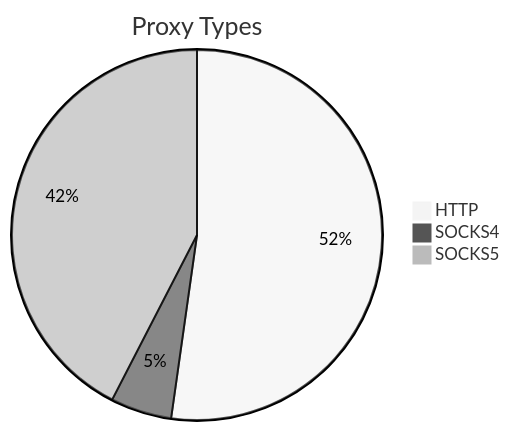
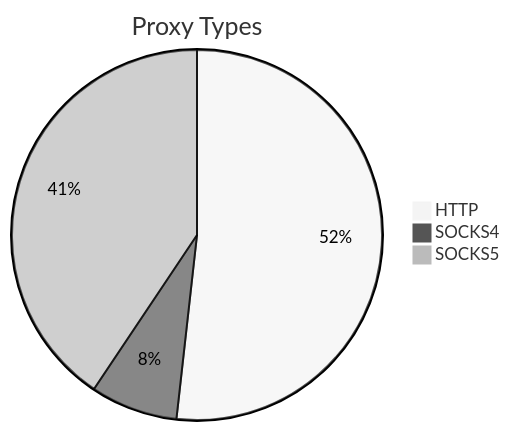
Before and after one commit to stormsia/proxy-list: the first of 2 diagrams in README.md, drawn with Mermaid (neutral theme). The commit also changed other lines of this file, not shown here.

````diff
--- a/README.md
+++ b/README.md
@@ -21,6 +21,6 @@
 ```mermaid
 pie title Proxy Types
-    "HTTP" : 783
-    "SOCKS4" : 80
-    "SOCKS5" : 636
+    "HTTP" : 905
+    "SOCKS4" : 133
+    "SOCKS5" : 710
 ```
````
